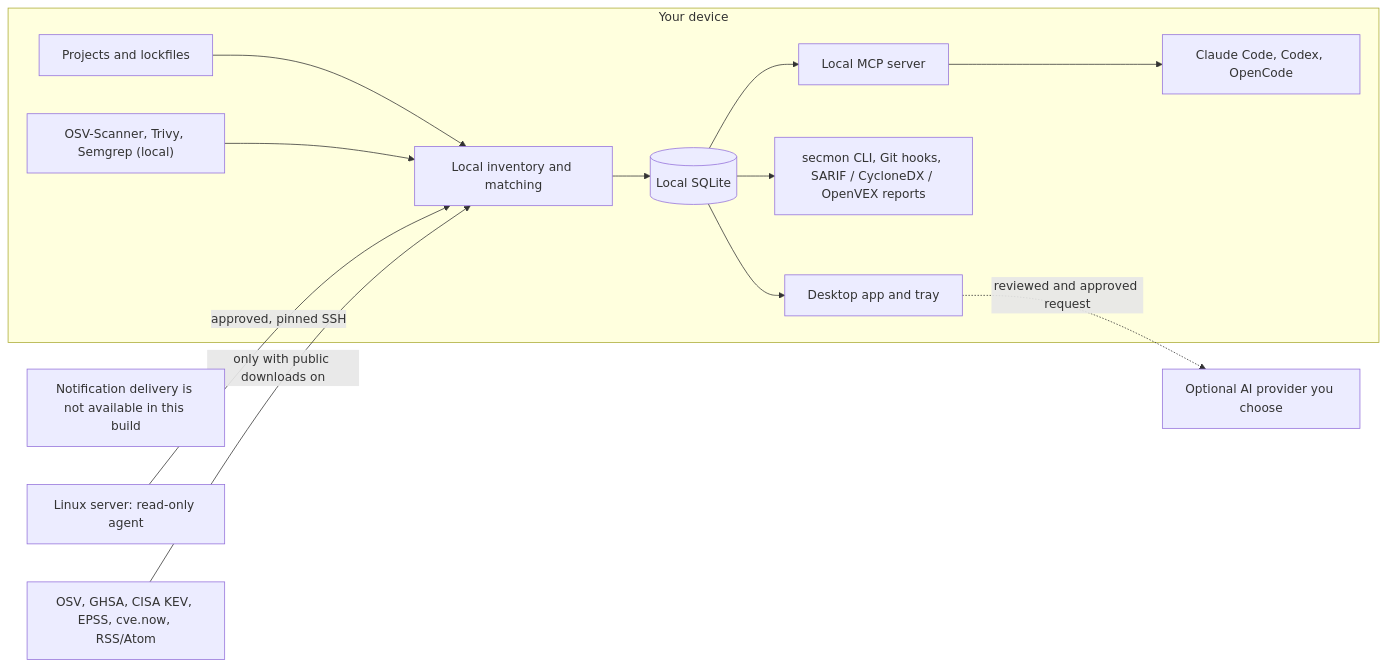
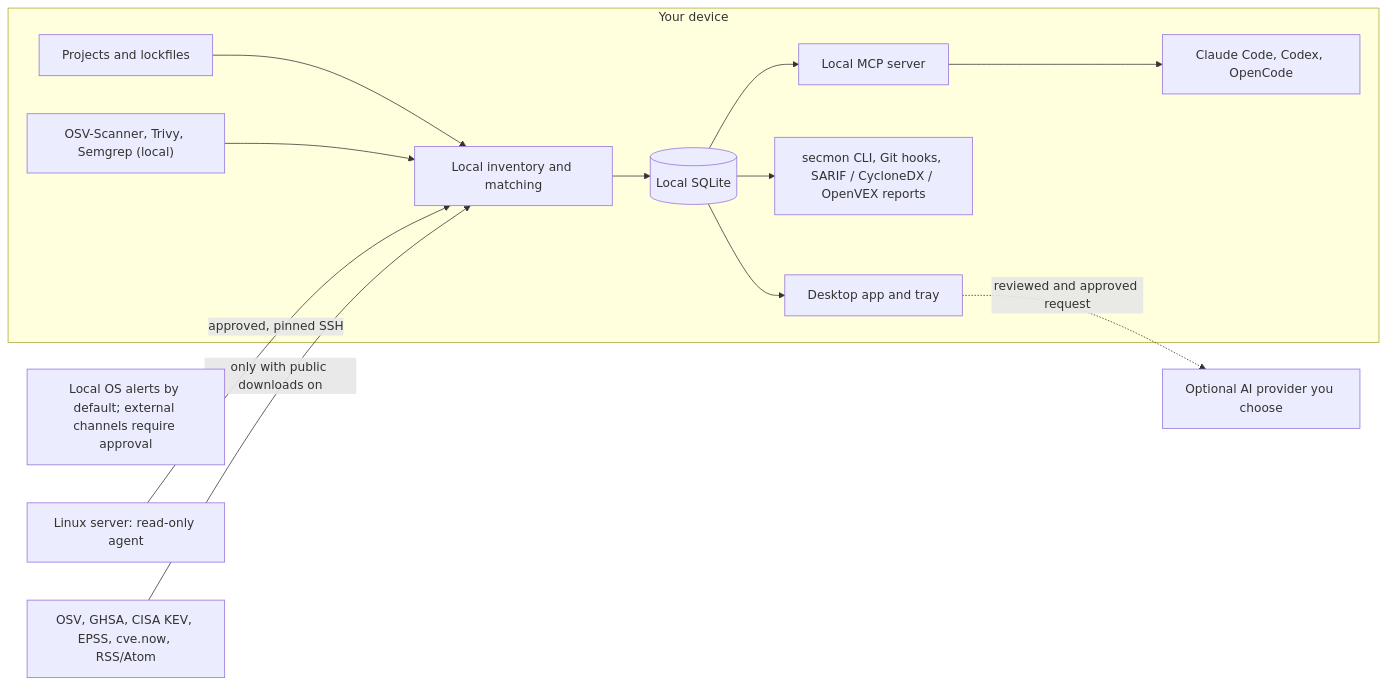
The diagram in README.md (umitaltinozzz/security-monitor), drawn with Mermaid before and after one commit. The commit also changed 40 other files, not shown here.

Commit message:
feat(notify): wire desktop and external channels

````diff
--- a/README.md
+++ b/README.md
@@ -55,16 +55,16 @@
 ```mermaid
 flowchart LR
   subgraph Device["Your device"]
     Repo["Projects and lockfiles"] --> Engine["Local inventory and matching"]
     Scanners["OSV-Scanner, Trivy, Semgrep (local)"] --> Engine
     Engine --> Store[("Local SQLite")]
     Store --> Desktop["Desktop app and tray"]
     Store --> CLI["secmon CLI, Git hooks, SARIF / CycloneDX / OpenVEX reports"]
     Store --> MCP["Local MCP server"]
     MCP --> Agents["Claude Code, Codex, OpenCode"]
   end
   Server["Linux server: read-only agent"] -- "approved, pinned SSH" --> Engine
   Feeds["OSV, GHSA, CISA KEV, EPSS, cve.now, RSS/Atom"] -- "only with public downloads on" --> Engine
   Desktop -. "reviewed and approved request" .-> AI["Optional AI provider you choose"]
-  Notify["Notification delivery is not available in this build"]
+  Notify["Local OS alerts by default; external channels require approval"]
 ```
````
